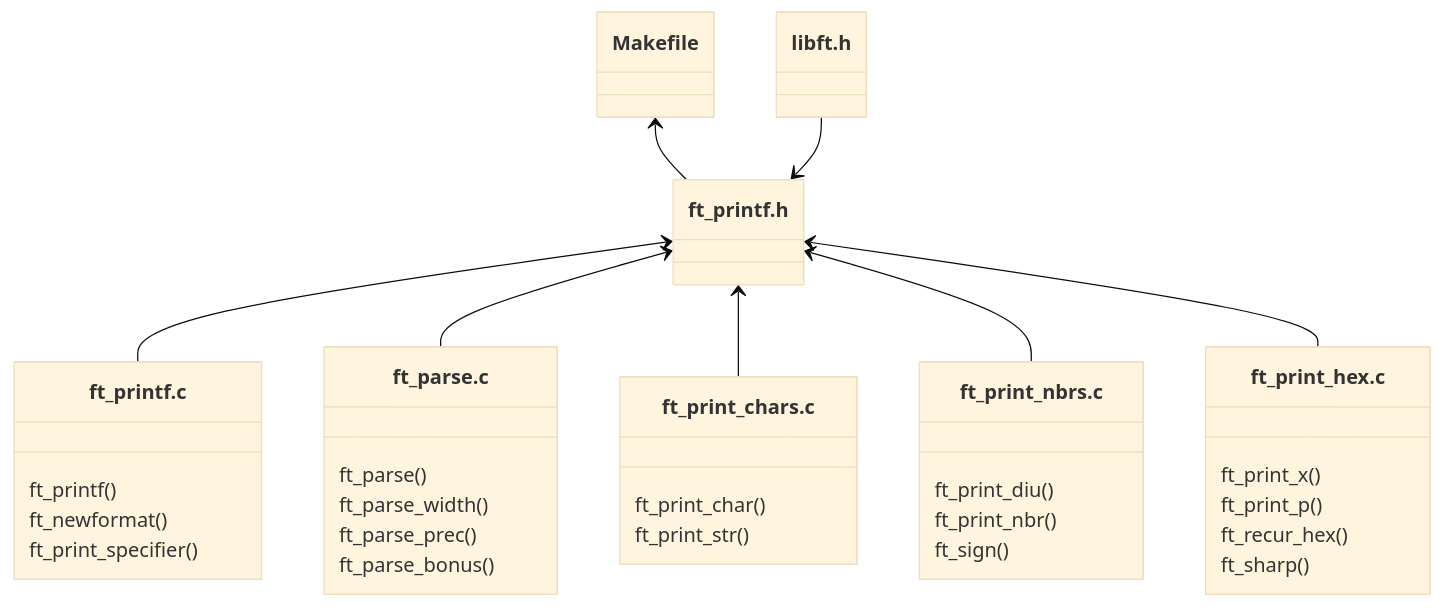
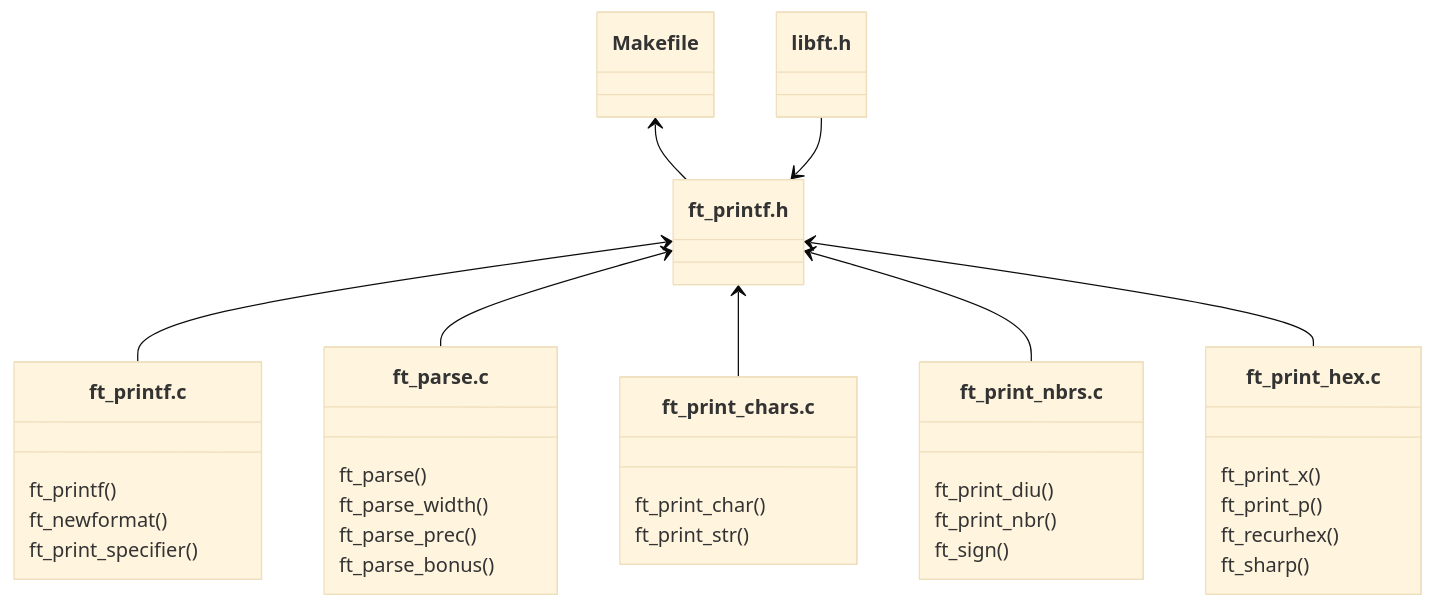
The first of 2 diagrams in README.md (PedroZappa/42_ft_printf), drawn with Mermaid (base theme) before and after one commit. The commit also changed 1 other file, not shown here.

Commit message:
ft_print_hex.c : recur_hex renamed to recurhex()

````diff
--- a/README.md
+++ b/README.md
@@ -161,37 +161,37 @@
 ```mermaid
 ---
 title ft_printf Structure
 ---
 classDiagram
     class Makefile
     Makefile <-- File0
     class File0["ft_printf.h"]
     class libft["libft.h"]
     File0 <-- File1
     File0 <-- File2
     File0 <-- File3
     File0 <-- File4
     File0 <-- File5
     libft --> File0
     class File1["ft_printf.c"]
     File1 : ft_printf()
     File1 : ft_newformat()
     File1 : ft_print_specifier()
     class File2["ft_parse.c"]
     File2 : ft_parse()
     File2 : ft_parse_width()
     File2 : ft_parse_prec()
     File2 : ft_parse_bonus()
     class File3["ft_print_chars.c"]
     File3 : ft_print_char()
     File3 : ft_print_str()
     class File4["ft_print_nbrs.c"]
     File4 : ft_print_diu()
     File4 : ft_print_nbr()
     File4 : ft_sign()
     class File5["ft_print_hex.c"]
     File5 : ft_print_x()
     File5 : ft_print_p()
-    File5 : ft_recur_hex()
+    File5 : ft_recurhex()
     File5 : ft_sharp()
 ```
````
